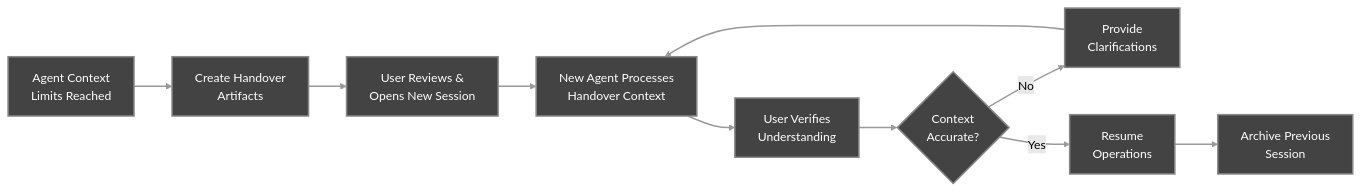
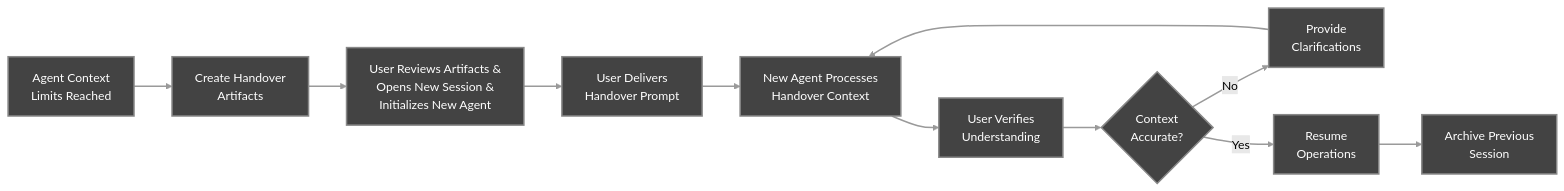
Before and after one commit to sdi2200262/agentic-project-management: the fifth of 5 diagrams in docs/Workflow_Overview.md, drawn with Mermaid (forest theme). The commit also changed other lines of this file and 9 other files, not shown here.

````diff
--- a/docs/Workflow_Overview.md
+++ b/docs/Workflow_Overview.md
@@ -302,15 +303,16 @@
 ```mermaid
 graph LR
     A[Agent Context<br/>Limits Reached] --> B[Create Handover<br/>Artifacts]
-    B --> C[User Reviews &<br/>Opens New Session]
-    C --> D[New Agent Processes<br/>Handover Context]
-    D --> E[User Verifies<br/>Understanding]
-    E --> F{Context<br/>Accurate?}
-    F -->|No| G[Provide<br/>Clarifications]
-    G --> D
-    F -->|Yes| H[Resume<br/>Operations]
-    H --> I[Archive Previous<br/>Session]
+    B --> C[User Reviews Artifacts &<br/>Opens New Session &<br/>Initializes New Agent]
+    C --> D[User Delivers<br/>Handover Prompt]
+    D --> E[New Agent Processes<br/>Handover Context]
+    E --> F[User Verifies<br/>Understanding]
+    F --> G{Context<br/>Accurate?}
+    G -->|No| H[Provide<br/>Clarifications]
+    H --> E
+    G -->|Yes| I[Resume<br/>Operations]
+    I --> J[Archive Previous<br/>Session]
     
     classDef default fill:#434343,stroke:#888888,stroke-width:2px,color:#ffffff
     linkStyle default stroke:#9A9A9A,stroke-width:2px
 ```
````
